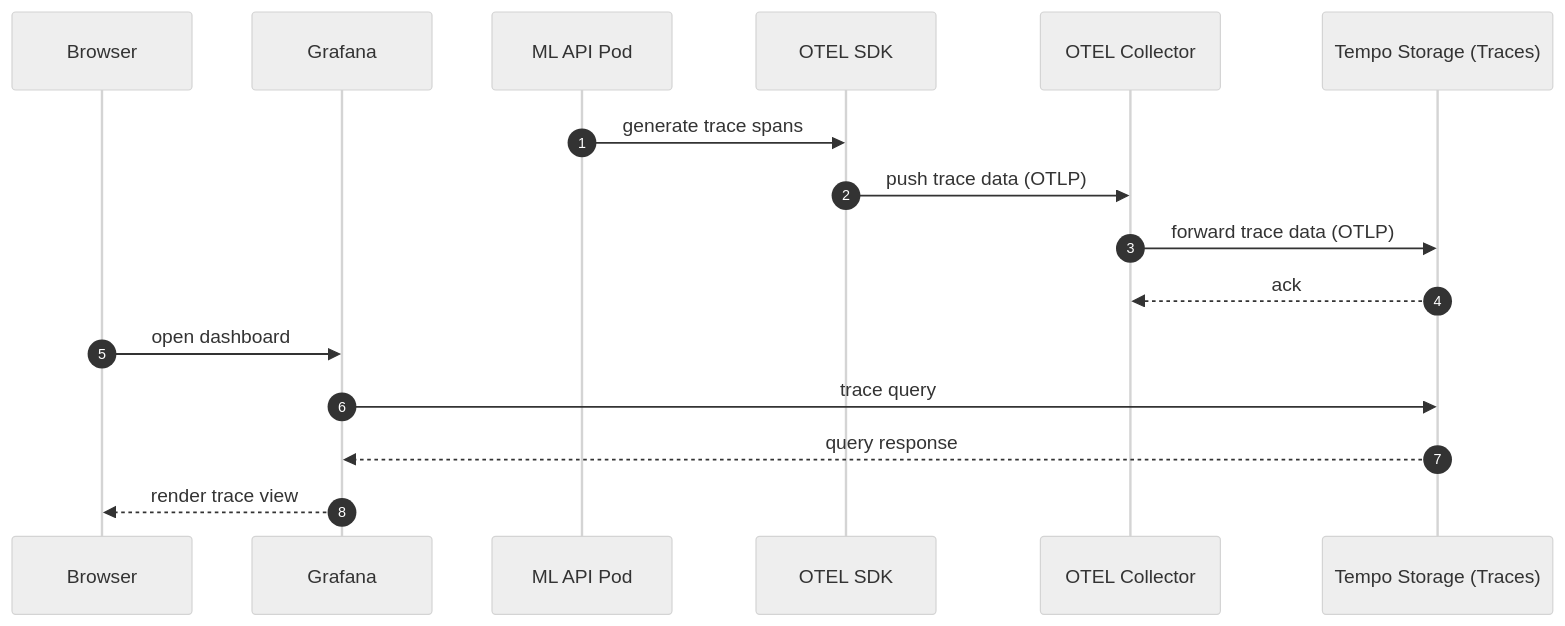
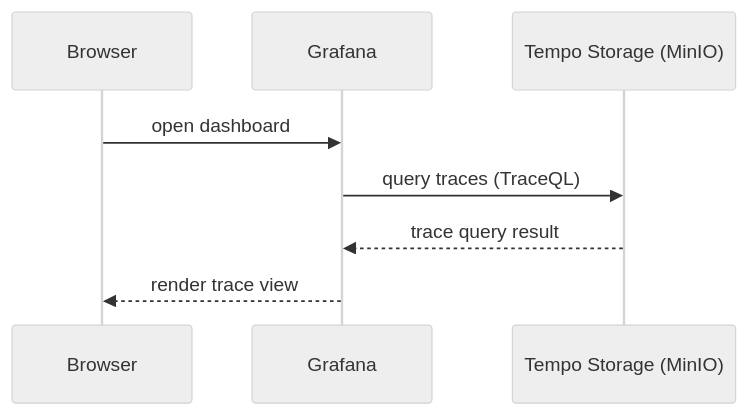
The seventh of 7 diagrams in README.md (refuel-code-135/k8s-ml-inference-platform), drawn with Mermaid (neutral theme) before and after one commit. The commit also changed other lines of this file, not shown here.

````diff
--- a/README.md
+++ b/README.md
@@ -142,24 +163,14 @@
 ```mermaid
 
 sequenceDiagram
-    autonumber
-
-    participant Browser as Browser
-    participant Grafana as Grafana
-    participant MLAPI as ML API Pod
-    participant OTELSDK as OTEL SDK
-    participant Collector as OTEL Collector
-    participant Tempo as Tempo Storage (Traces)
-
-    MLAPI ->> OTELSDK: generate trace spans
-    OTELSDK ->> Collector: push trace data (OTLP)
-
-    Collector ->> Tempo: forward trace data (OTLP)
-    Tempo -->> Collector: ack
+    participant Browser
+    participant Grafana
+    participant Tempo as Tempo Storage (MinIO)
 
     Browser ->> Grafana: open dashboard
-    Grafana ->> Tempo: trace query
-    Tempo -->> Grafana: query response
+    Grafana ->> Tempo: query traces (TraceQL)
+    Tempo -->> Grafana: trace query result
     Grafana -->> Browser: render trace view
 
+
 ```
````
